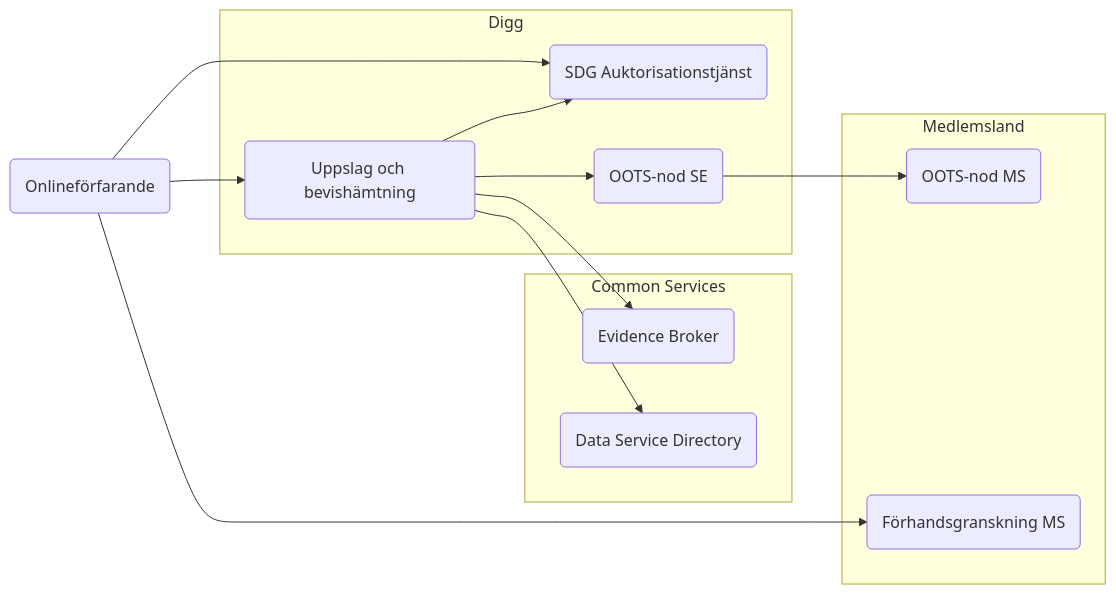
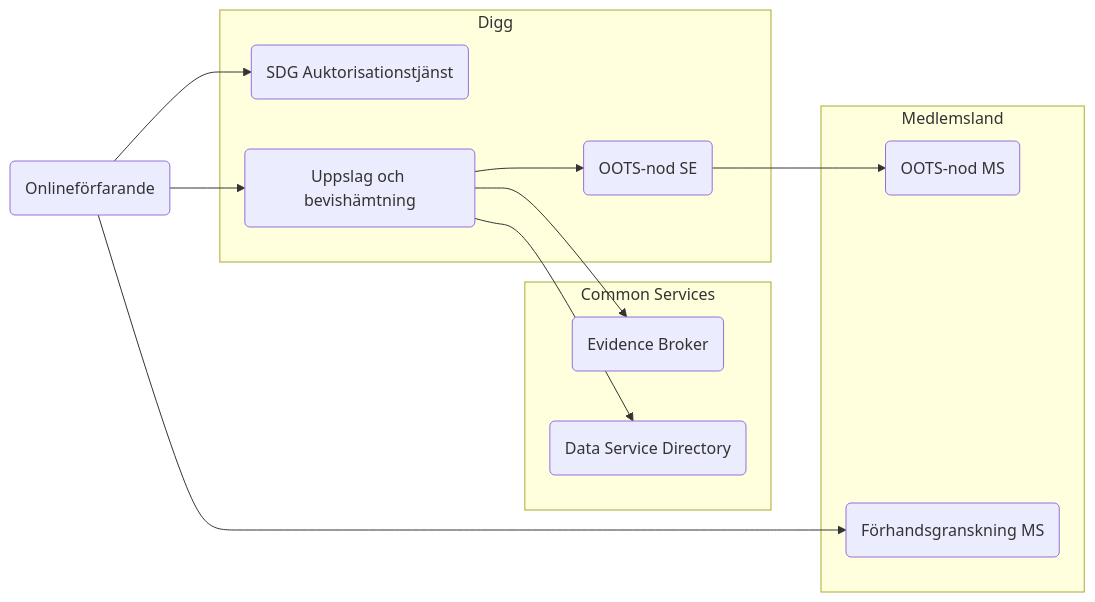
The first of 3 diagrams in README.md (diggsweden/sdg-intermediation-eu), drawn with Mermaid before and after one commit. The commit also changed other lines of this file, not shown here.

Commit message:
Update auth flow

````diff
--- a/README.md
+++ b/README.md
@@ -12,25 +12,24 @@
 ```mermaid
 flowchart LR
     subgraph Common Services
         EB(Evidence Broker)
         DSD(Data Service Directory)
     end
     subgraph Medlemsland
         OMS(OOTS-nod MS)
         FG(Förhandsgranskning MS)
     end
     subgraph Digg
         AT(SDG Auktorisationstjänst)
         OSE(OOTS-nod SE)
         BH(Uppslag och bevishämtning)
     end
             BH-->EB
             BH-->DSD
             OLF(Onlineförfarande)-->AT
             OLF-->BH
             BH-->OSE
-            BH-->AT
             OSE-->OMS
             OLF-->FG
     
 ```
````
